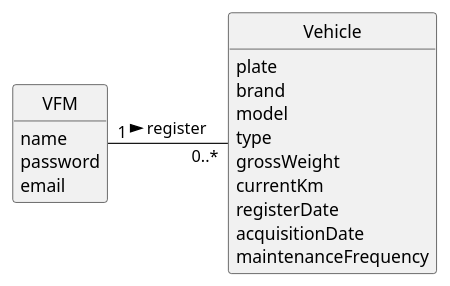
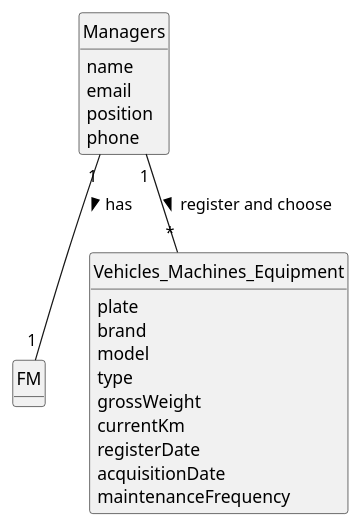
One commit to Departamento-de-Engenharia-Informatica/lei-24-s2-1df-1de-g063 changed the diagram in docs/sprintA/us006/02.analysis/puml/us006-domain-model.puml. Above: the diagram before and after it, drawn with PlantUML. The commit also changed 5 other files, not shown here.

```diff
--- a/docs/sprintA/us006/02.analysis/puml/us006-domain-model.puml
+++ b/docs/sprintA/us006/02.analysis/puml/us006-domain-model.puml
@@ -1,53 +1,56 @@
 @startuml
 skinparam monochrome true
 skinparam packageStyle rectangle
 skinparam shadowing false
 
 'left to right direction
 
 skinparam classAttributeIconSize 0
 
 hide circle
 hide methods
 
 'title Domain Model
 
 'class Platform {
 '  -description
 '}
 
-class VFM {
+class FM {
+
+}
+
+class Managers {
     name
-    password
     email
+    position
+    phone
 }
 
 
-
-
-class Vehicle {
+class Vehicles_Machines_Equipment {
     plate
     brand
     model
     type
     grossWeight
     currentKm
     registerDate
     acquisitionDate
     maintenanceFrequency
 }
 
 'class User {
 '    name
 '    email
 '    password
 '}
 
-'Platform "1" -- "*" VFM : has registered >
+'Platform "1" -- "*" FM : has registered >
 
-VFM "1" - "0..*" Vehicle : register >
+Managers "1"-- "*"Vehicles_Machines_Equipment: register and choose >
 
-
+Managers "1" -- "1"FM: has >
 
 
 @enduml
```
